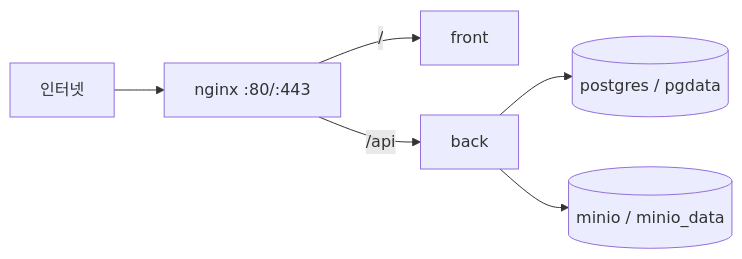
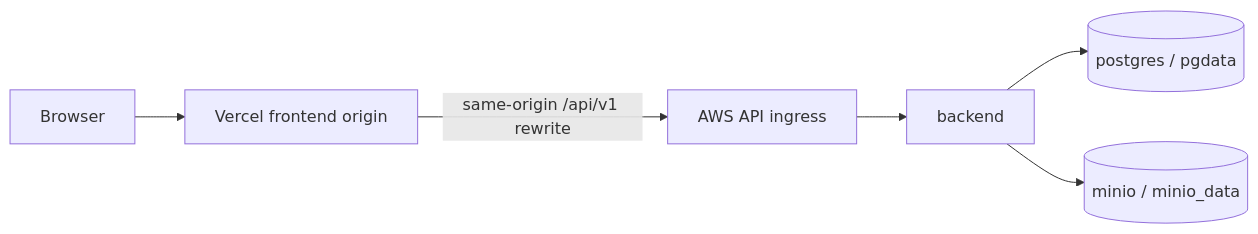
The first of 2 diagrams in docs/architecture.md (JNU-SWCU/oss-hub), drawn with Mermaid before and after one commit. The commit also changed other lines of this file and 25 other files, not shown here.

````diff
--- a/docs/architecture.md
+++ b/docs/architecture.md
@@ -31,8 +33,8 @@
 ```mermaid
 flowchart LR
-  Internet[인터넷] --> Nginx[nginx :80/:443]
-  Nginx -->|/| Front[front]
-  Nginx -->|/api| Back[back]
+  Browser[Browser] --> Vercel[Vercel frontend origin]
+  Vercel -- same-origin /api/v1 rewrite --> Ingress[AWS API ingress]
+  Ingress --> Back[backend]
   Back --> Postgres[(postgres / pgdata)]
   Back --> Minio[(minio / minio_data)]
 ```
````
